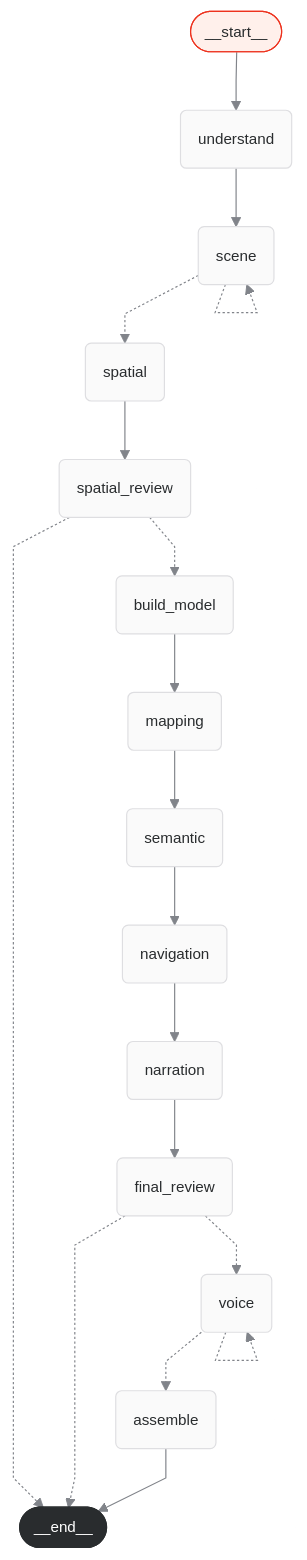
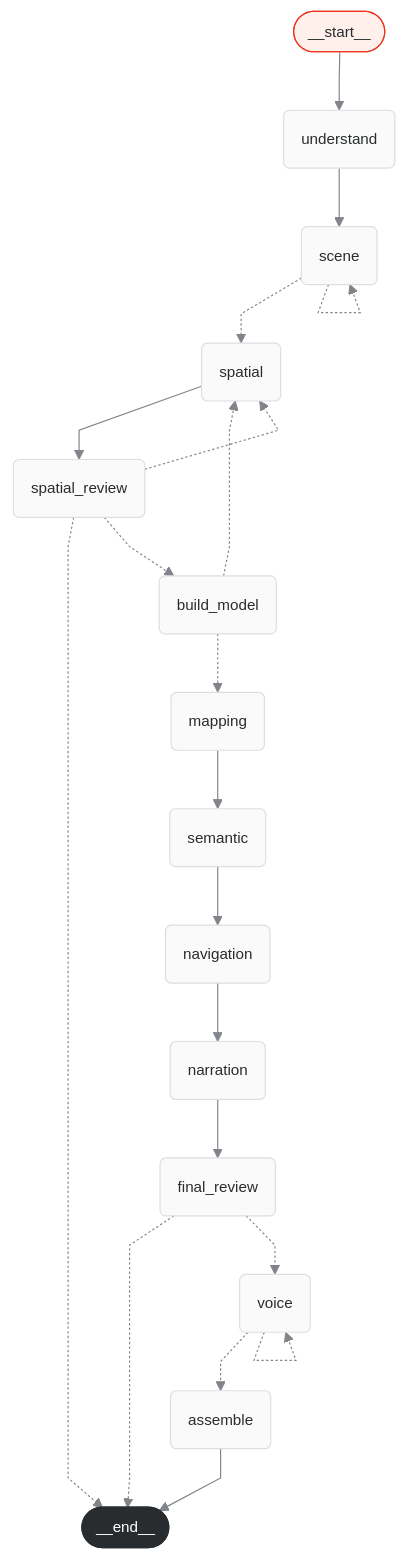
Before and after one commit to PhuocDang2104/MLIoT_Estagent_Codex: the diagram in docs/Business Workflow Langgraph/Estagent_Business_LangGraph_StateGraph.mmd, drawn with Mermaid. The commit also changed 64 other files, not shown here.

```diff
--- a/docs/Business Workflow Langgraph/Estagent_Business_LangGraph_StateGraph.mmd
+++ b/docs/Business Workflow Langgraph/Estagent_Business_LangGraph_StateGraph.mmd
@@ -1,52 +1,54 @@
 ---
 config:
   flowchart:
     curve: linear
   theme: base
   themeVariables:
     clusterBkg: '#ffffff'
     clusterBorder: '#dedee1'
     edgeLabelBackground: '#fafafa'
     fontFamily: Manrope, Arial, sans-serif
     fontSize: 13px
     lineColor: '#81848a'
     primaryColor: '#fafafa'
     primaryTextColor: '#292c2e'
     secondaryColor: '#ededed'
     tertiaryColor: '#fafafa'
 ---
 graph TD;
 	__start__([<p>__start__</p>]):::first
 	understand(understand)
 	scene(scene)
 	spatial(spatial)
 	spatial_review(spatial_review)
 	build_model(build_model)
 	mapping(mapping)
 	semantic(semantic)
 	navigation(navigation)
 	narration(narration)
 	final_review(final_review)
 	voice(voice)
 	assemble(assemble)
 	__end__([<p>__end__</p>]):::last
 	__start__ --> understand;
 	assemble --> __end__;
-	build_model --> mapping;
 	mapping --> semantic;
 	narration --> final_review;
 	navigation --> narration;
 	semantic --> navigation;
 	spatial --> spatial_review;
 	understand --> scene;
 	scene -.-> spatial;
 	spatial_review -.-> __end__;
 	spatial_review -.-> build_model;
+	spatial_review -.-> spatial;
+	build_model -.-> mapping;
+	build_model -.-> spatial;
 	final_review -.-> __end__;
 	final_review -.-> voice;
 	voice -.-> assemble;
 	scene -.-> scene;
 	voice -.-> voice;
 	classDef default fill:#fafafa,stroke:#dedee1,color:#292c2e
 	classDef first fill:#fff0eb,stroke:#ed321e,color:#292c2e
 	classDef last fill:#292c2e,stroke:#292c2e,color:#ffffff
```
